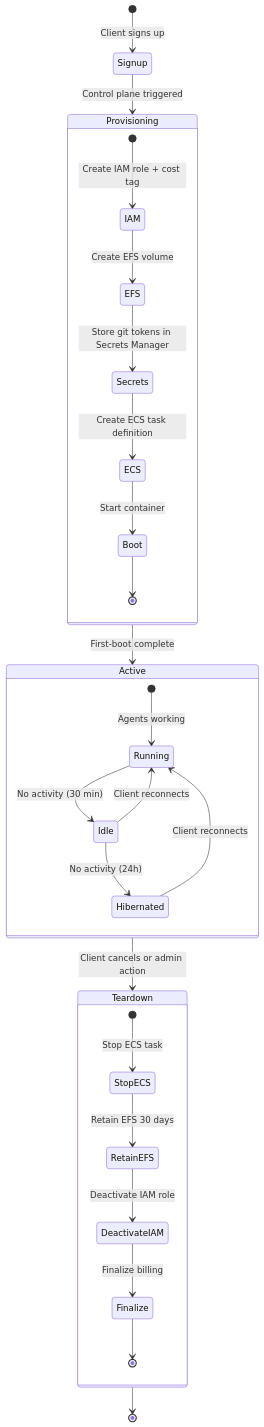
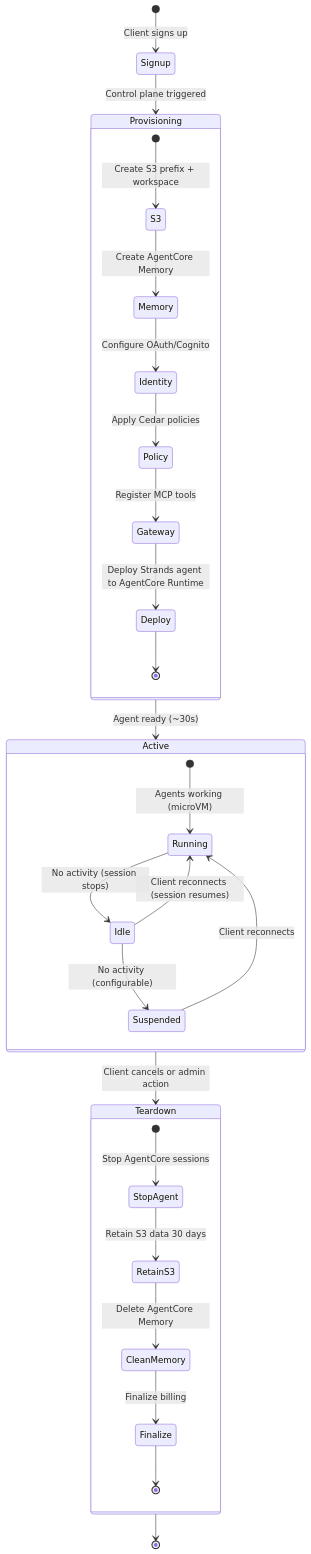
Before and after one commit to Walsen/turbo-flow: the second of 7 diagrams in planning/turboflow-cloud-product-plan.md, drawn with Mermaid. The commit also changed other lines of this file, not shown here.

Commit message:
docs: update main architecture + lifecycle diagrams to serverless (AgentCore + S3)

````diff
--- a/planning/turboflow-cloud-product-plan.md
+++ b/planning/turboflow-cloud-product-plan.md
@@ -78,36 +95,37 @@
 ```mermaid
 stateDiagram-v2
     [*] --> Signup: Client signs up
     Signup --> Provisioning: Control plane triggered
 
     state Provisioning {
-        [*] --> IAM: Create IAM role + cost tag
-        IAM --> EFS: Create EFS volume
-        EFS --> Secrets: Store git tokens in Secrets Manager
-        Secrets --> ECS: Create ECS task definition
-        ECS --> Boot: Start container
-        Boot --> [*]
+        [*] --> S3: Create S3 prefix + workspace
+        S3 --> Memory: Create AgentCore Memory
+        Memory --> Identity: Configure OAuth/Cognito
+        Identity --> Policy: Apply Cedar policies
+        Policy --> Gateway: Register MCP tools
+        Gateway --> Deploy: Deploy Strands agent to AgentCore Runtime
+        Deploy --> [*]
     }
 
-    Provisioning --> Active: First-boot complete
+    Provisioning --> Active: Agent ready (~30s)
 
     state Active {
-        [*] --> Running: Agents working
-        Running --> Idle: No activity (30 min)
-        Idle --> Running: Client reconnects
-        Idle --> Hibernated: No activity (24h)
-        Hibernated --> Running: Client reconnects
+        [*] --> Running: Agents working (microVM)
+        Running --> Idle: No activity (session stops)
+        Idle --> Running: Client reconnects (session resumes)
+        Idle --> Suspended: No activity (configurable)
+        Suspended --> Running: Client reconnects
     }
 
     Active --> Teardown: Client cancels or admin action
 
     state Teardown {
-        [*] --> StopECS: Stop ECS task
-        StopECS --> RetainEFS: Retain EFS 30 days
-        RetainEFS --> DeactivateIAM: Deactivate IAM role
-        DeactivateIAM --> Finalize: Finalize billing
+        [*] --> StopAgent: Stop AgentCore sessions
+        StopAgent --> RetainS3: Retain S3 data 30 days
+        RetainS3 --> CleanMemory: Delete AgentCore Memory
+        CleanMemory --> Finalize: Finalize billing
         Finalize --> [*]
     }
 
     Teardown --> [*]
 ```
````
